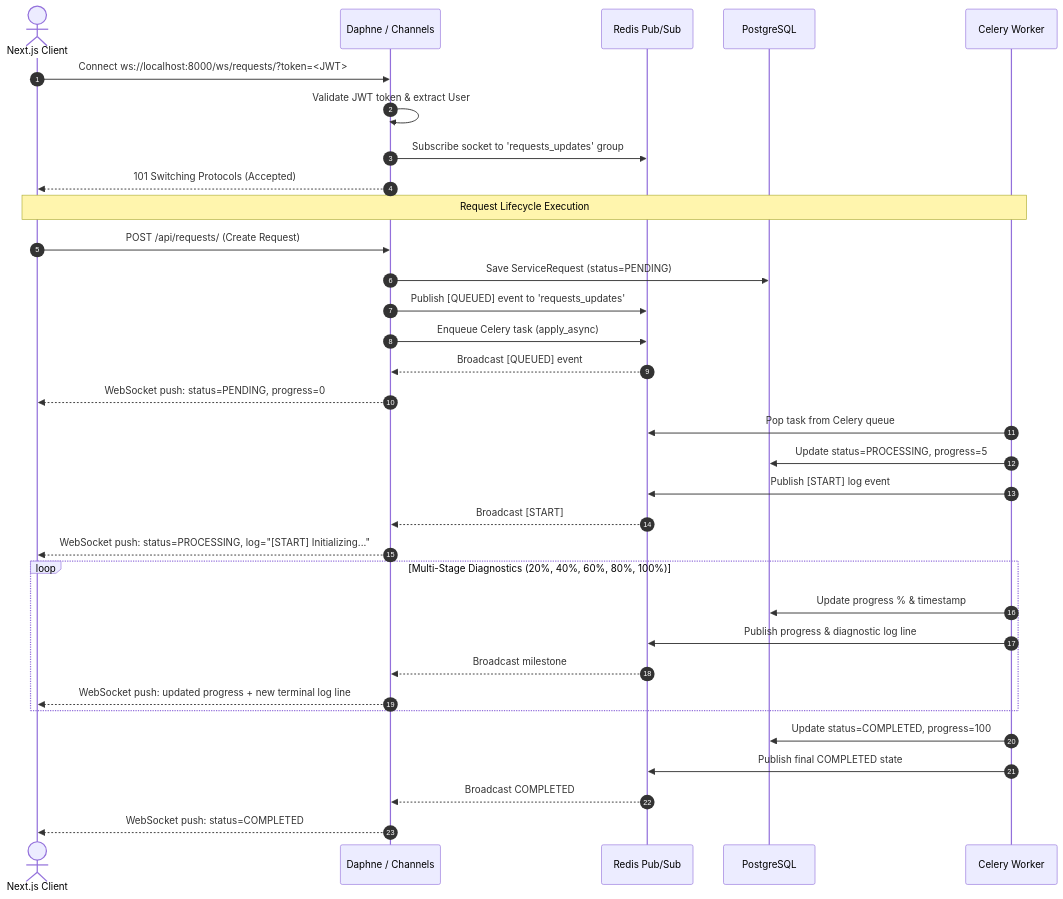
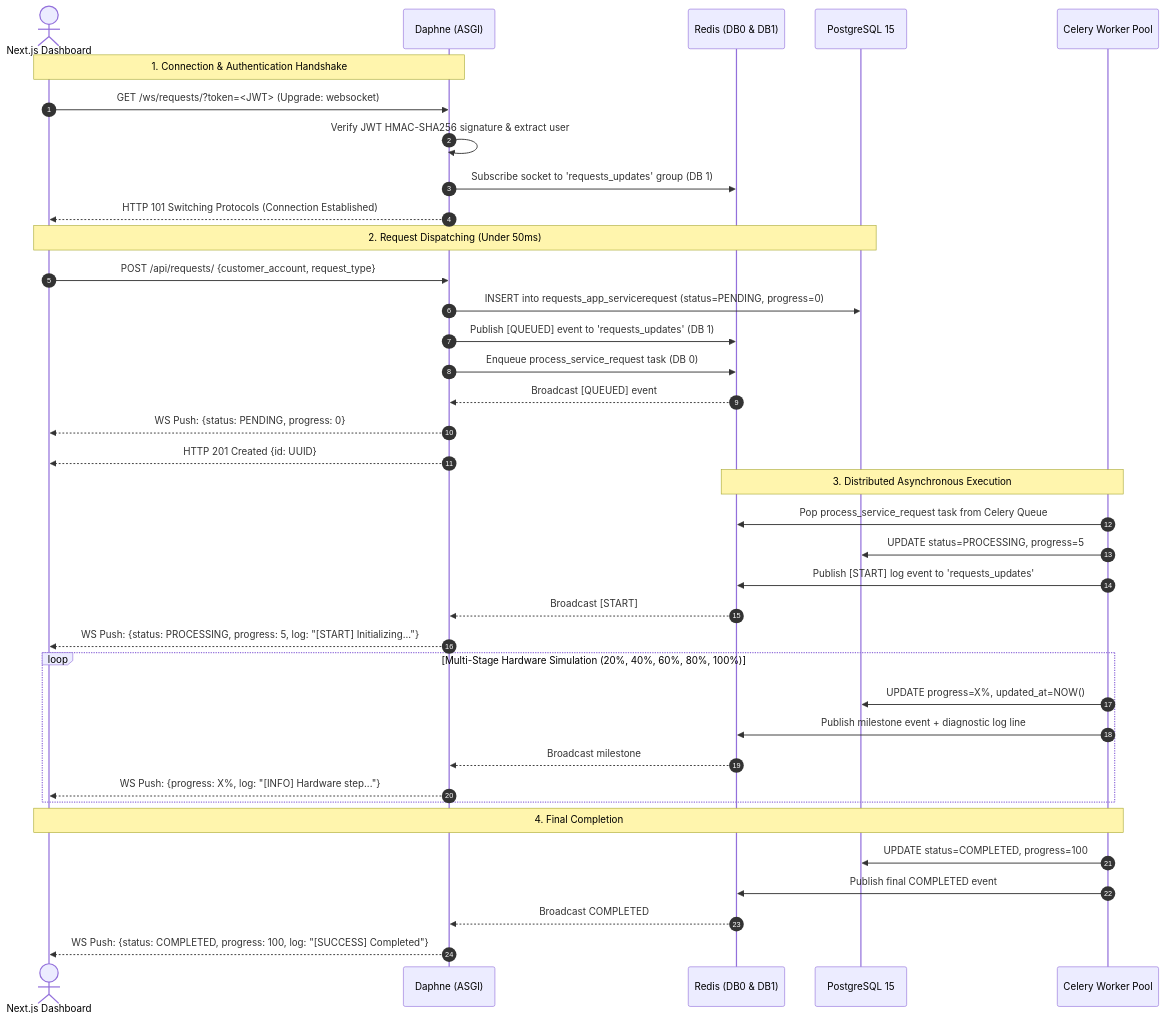
Before and after one commit to Abdullah-Al-Fahad/test_task: the second of 2 diagrams in docs/system_design.md, drawn with Mermaid. The commit also changed other lines of this file and 3 other files, not shown here.

````diff
--- a/docs/system_design.md
+++ b/docs/system_design.md
@@ -177,40 +307,44 @@
 ```mermaid
 sequenceDiagram
     autonumber
-    actor Client as Next.js Client
-    participant ASGI as Daphne / Channels
-    participant Redis as Redis Pub/Sub
-    participant DB as PostgreSQL
-    participant Worker as Celery Worker
+    actor Client as Next.js Dashboard
+    participant Daphne as Daphne (ASGI)
+    participant Redis as Redis (DB0 & DB1)
+    participant DB as PostgreSQL 15
+    participant Worker as Celery Worker Pool
 
-    Client->>ASGI: Connect ws://localhost:8000/ws/requests/?token=<JWT>
-    ASGI->>ASGI: Validate JWT token & extract User
-    ASGI->>Redis: Subscribe socket to 'requests_updates' group
-    ASGI-->>Client: 101 Switching Protocols (Accepted)
+    Note over Client, Daphne: 1. Connection & Authentication Handshake
+    Client->>Daphne: GET /ws/requests/?token=<JWT> (Upgrade: websocket)
+    Daphne->>Daphne: Verify JWT HMAC-SHA256 signature & extract user
+    Daphne->>Redis: Subscribe socket to 'requests_updates' group (DB 1)
+    Daphne-->>Client: HTTP 101 Switching Protocols (Connection Established)
 
-    Note over Client, Worker: Request Lifecycle Execution
-    Client->>ASGI: POST /api/requests/ (Create Request)
-    ASGI->>DB: Save ServiceRequest (status=PENDING)
-    ASGI->>Redis: Publish [QUEUED] event to 'requests_updates'
-    ASGI->>Redis: Enqueue Celery task (apply_async)
-    Redis-->>ASGI: Broadcast [QUEUED] event
-    ASGI-->>Client: WebSocket push: status=PENDING, progress=0
-    
-    Worker->>Redis: Pop task from Celery queue
-    Worker->>DB: Update status=PROCESSING, progress=5
-    Worker->>Redis: Publish [START] log event
-    Redis-->>ASGI: Broadcast [START]
-    ASGI-->>Client: WebSocket push: status=PROCESSING, log="[START] Initializing..."
+    Note over Client, DB: 2. Request Dispatching (Under 50ms)
+    Client->>Daphne: POST /api/requests/ {customer_account, request_type}
+    Daphne->>DB: INSERT into requests_app_servicerequest (status=PENDING, progress=0)
+    Daphne->>Redis: Publish [QUEUED] event to 'requests_updates' (DB 1)
+    Daphne->>Redis: Enqueue process_service_request task (DB 0)
+    Redis-->>Daphne: Broadcast [QUEUED] event
+    Daphne-->>Client: WS Push: {status: PENDING, progress: 0}
+    Daphne-->>Client: HTTP 201 Created {id: UUID}
 
-    loop Multi-Stage Diagnostics (20%, 40%, 60%, 80%, 100%)
-        Worker->>DB: Update progress % & timestamp
-        Worker->>Redis: Publish progress & diagnostic log line
-        Redis-->>ASGI: Broadcast milestone
-        ASGI-->>Client: WebSocket push: updated progress + new terminal log line
+    Note over Redis, Worker: 3. Distributed Asynchronous Execution
+    Worker->>Redis: Pop process_service_request task from Celery Queue
+    Worker->>DB: UPDATE status=PROCESSING, progress=5
+    Worker->>Redis: Publish [START] log event to 'requests_updates'
+    Redis-->>Daphne: Broadcast [START]
+    Daphne-->>Client: WS Push: {status: PROCESSING, progress: 5, log: "[START] Initializing..."}
+
+    loop Multi-Stage Hardware Simulation (20%, 40%, 60%, 80%, 100%)
+        Worker->>DB: UPDATE progress=X%, updated_at=NOW()
+        Worker->>Redis: Publish milestone event + diagnostic log line
+        Redis-->>Daphne: Broadcast milestone
+        Daphne-->>Client: WS Push: {progress: X%, log: "[INFO] Hardware step..."}
     end
 
-    Worker->>DB: Update status=COMPLETED, progress=100
-    Worker->>Redis: Publish final COMPLETED state
-    Redis-->>ASGI: Broadcast COMPLETED
-    ASGI-->>Client: WebSocket push: status=COMPLETED
+    Note over Worker, Client: 4. Final Completion
+    Worker->>DB: UPDATE status=COMPLETED, progress=100
+    Worker->>Redis: Publish final COMPLETED event
+    Redis-->>Daphne: Broadcast COMPLETED
+    Daphne-->>Client: WS Push: {status: COMPLETED, progress: 100, log: "[SUCCESS] Completed"}
 ```
````
